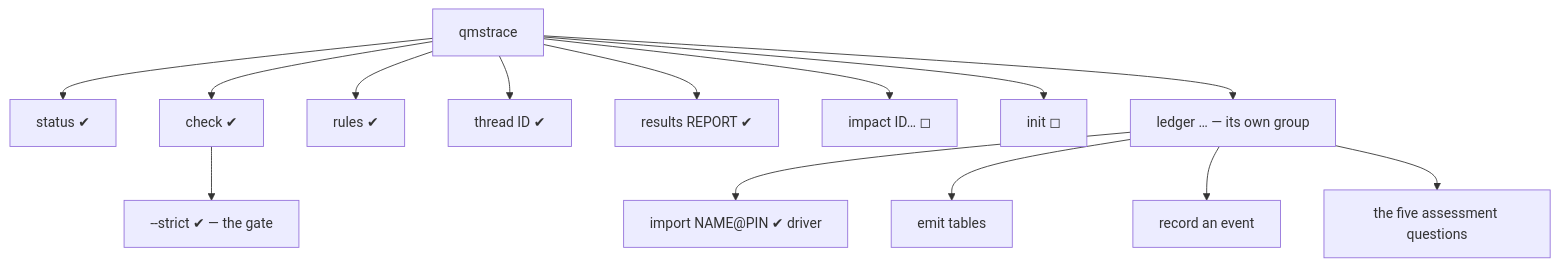
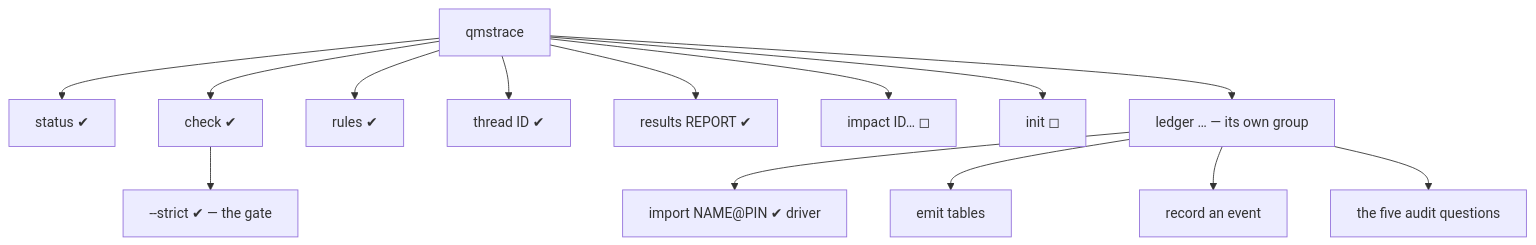
The first of 4 diagrams in docs/design/surface-architecture.md (Lightbridge-KS/qmstrace), drawn with Mermaid before and after one commit. The commit also changed other lines of this file and 6 other files, not shown here.

First line of the commit message:
docs: settle two namings — profile / trace schema / trace configuration, and auditor

````diff
--- a/docs/design/surface-architecture.md
+++ b/docs/design/surface-architecture.md
@@ -56,16 +56,16 @@
 ```mermaid
 flowchart TD
     cli["qmstrace"] --> status["status ✔"]
     cli --> check["check ✔"]
     check --> strict["--strict ✔ — the gate"]
     cli --> rules["rules ✔"]
     cli --> thread["thread ID ✔"]
     cli --> results["results REPORT ✔"]
     cli --> impact["impact ID… ◻"]
     cli --> init["init ◻"]
     cli --> ledger["ledger … — its own group"]
     ledger --> import["import NAME@PIN ✔ driver"]
     ledger --> emit["emit tables"]
     ledger --> event["record an event"]
-    ledger --> demo["the five assessment questions"]
+    ledger --> demo["the five audit questions"]
 ```
````
